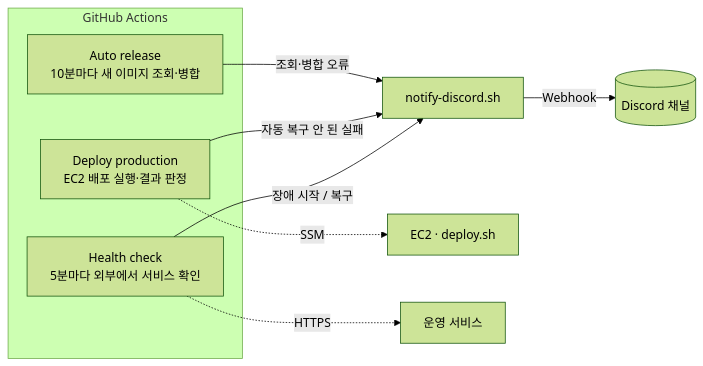
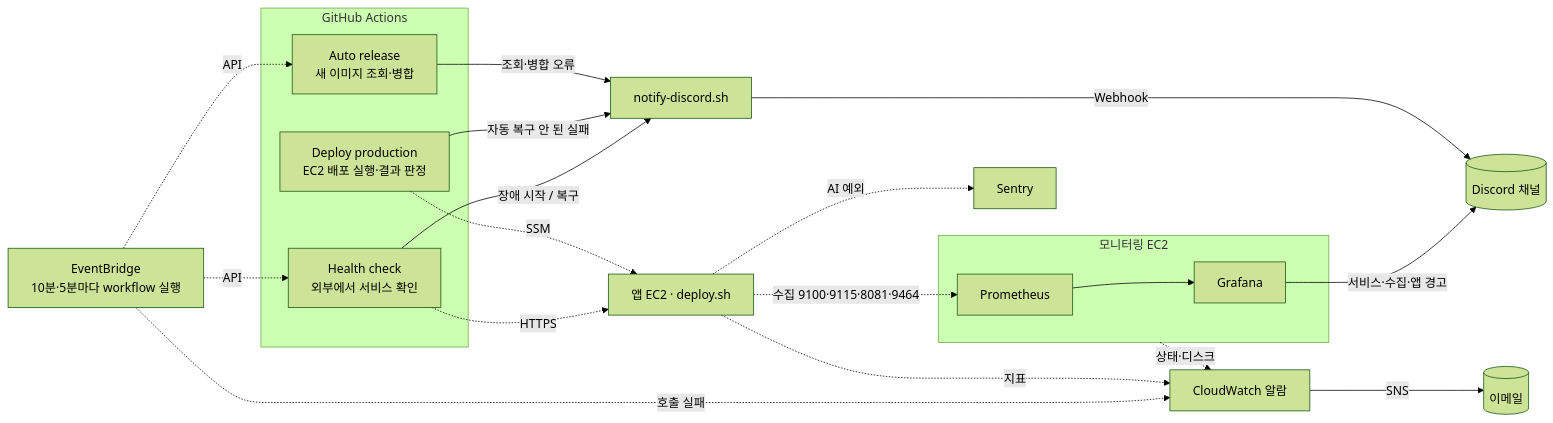
Before and after one commit to 100-hours-a-week/KTB4-8th-CLOUD: the diagram in docs/v1-alerting.md, drawn with Mermaid (forest theme). The commit also changed other lines of this file and 1 other file, not shown here.

First line of the commit message:
docs(alerting): 알림 경로 전체(Grafana·CloudWatch·Sentry)와 현재 구조 반영

````diff
--- a/docs/v1-alerting.md
+++ b/docs/v1-alerting.md
@@ -15,14 +26,26 @@
 ```mermaid
 flowchart LR
+    EB[EventBridge<br/>10분·5분마다 workflow 실행] -. API .-> AR
+    EB -. API .-> HC
     subgraph GH[GitHub Actions]
-        AR[Auto release<br/>10분마다 새 이미지 조회·병합]
+        AR[Auto release<br/>새 이미지 조회·병합]
         DP[Deploy production<br/>EC2 배포 실행·결과 판정]
-        HC[Health check<br/>5분마다 외부에서 서비스 확인]
+        HC[Health check<br/>외부에서 서비스 확인]
     end
     AR -- 조회·병합 오류 --> N[notify-discord.sh]
     DP -- 자동 복구 안 된 실패 --> N
     HC -- 장애 시작 / 복구 --> N
     N -- Webhook --> D[(Discord 채널)]
-    DP -. SSM .-> EC2[EC2 · deploy.sh]
-    HC -. HTTPS .-> SVC[운영 서비스]
+    DP -. SSM .-> APP[앱 EC2 · deploy.sh]
+    HC -. HTTPS .-> APP
+    subgraph MON[모니터링 EC2]
+        P[Prometheus] --> G[Grafana]
+    end
+    APP -. 수집 9100·9115·8081·9464 .-> P
+    G -- 서비스·수집·앱 경고 --> D
+    CW[CloudWatch 알람] -- SNS --> M[(이메일)]
+    APP -. 지표 .-> CW
+    MON -. 상태·디스크 .-> CW
+    EB -. 호출 실패 .-> CW
+    APP -. AI 예외 .-> S[Sentry]
 ```
````
